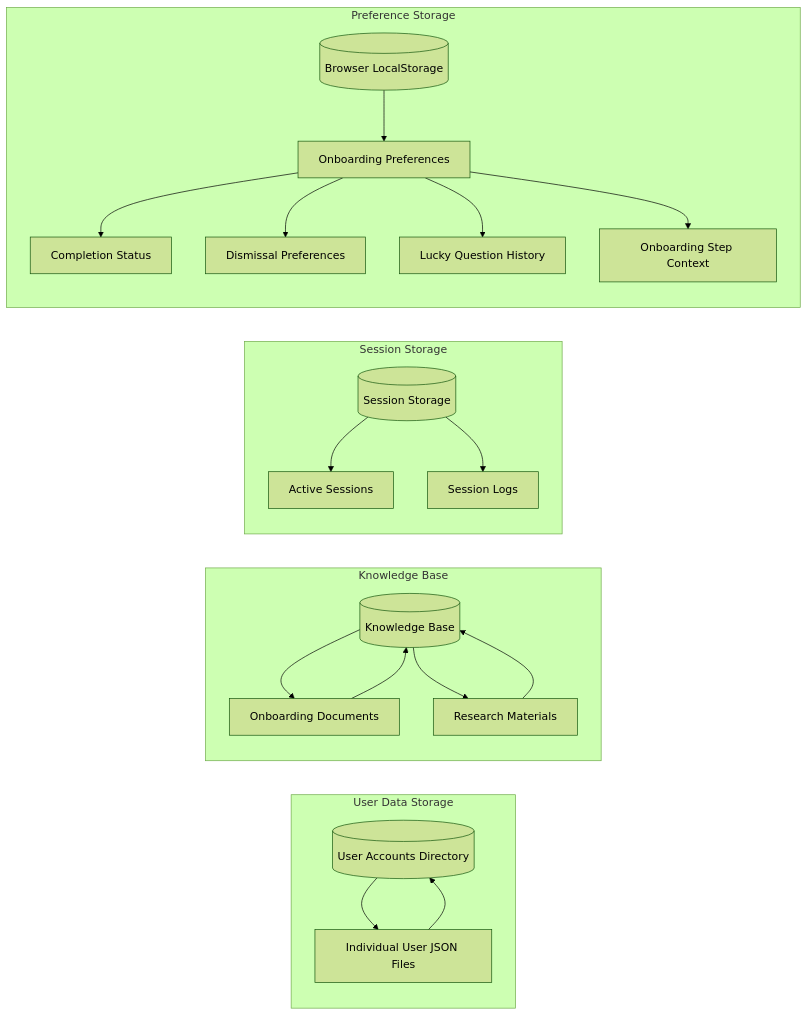
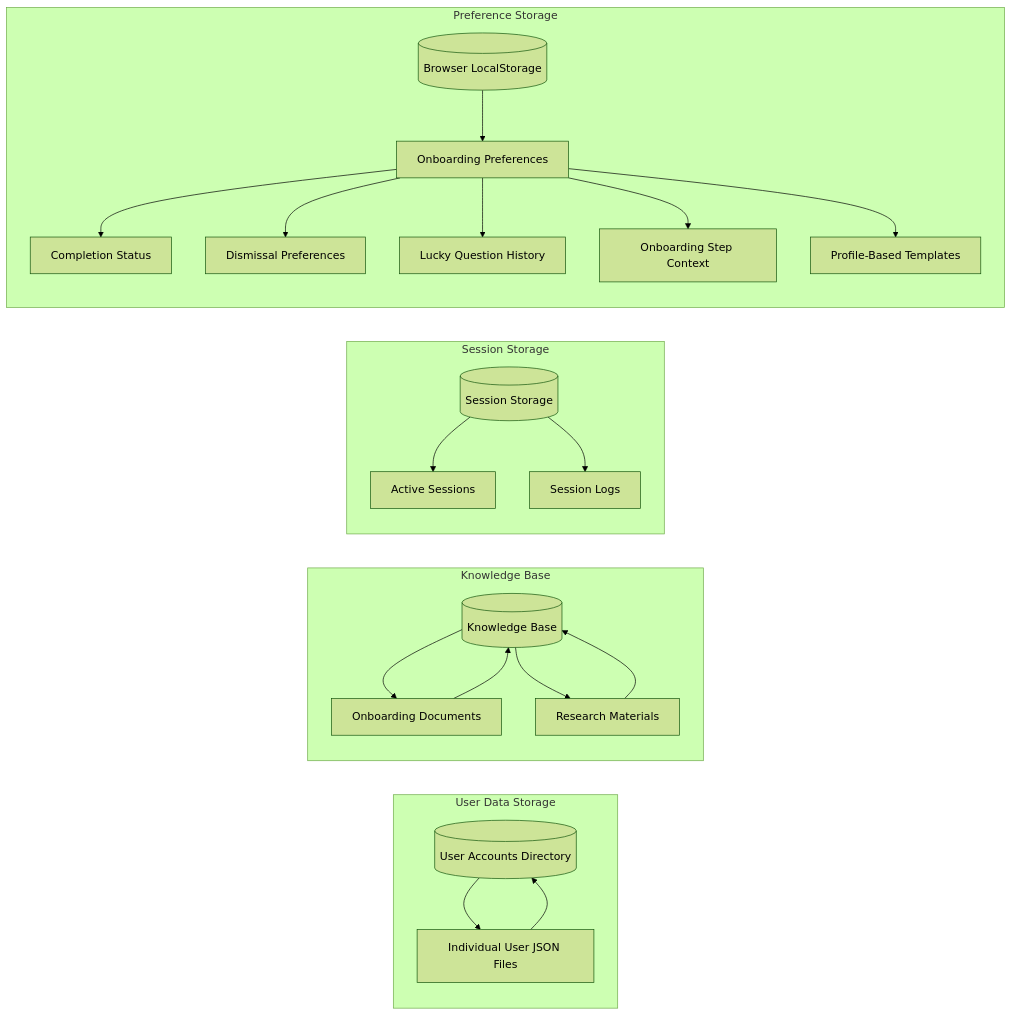
One commit to intellistream/sage-mate changed the fifth of 5 diagrams in .qoder/repowiki/en/content/Core Components/User Onboarding System.md. Above: the diagram before and after it, drawn with Mermaid (forest theme). The commit also changed other lines of this file and 101 other files, not shown here.

````diff
--- a/.qoder/repowiki/en/content/Core Components/User Onboarding System.md
+++ b/.qoder/repowiki/en/content/Core Components/User Onboarding System.md
@@ -289,38 +300,40 @@
 ```mermaid
 graph LR
 subgraph "User Data Storage"
 UserAccounts[(User Accounts Directory)]
 UserData[Individual User JSON Files]
 UserAccounts --> UserData
 end
 subgraph "Knowledge Base"
 KB[(Knowledge Base)]
 OnboardingDocs[Onboarding Documents]
 ResearchDocs[Research Materials]
 KB --> OnboardingDocs
 KB --> ResearchDocs
 end
 subgraph "Session Storage"
 Sessions[(Session Storage)]
 ActiveSessions[Active Sessions]
 SessionLogs[Session Logs]
 Sessions --> ActiveSessions
 Sessions --> SessionLogs
 end
 subgraph "Preference Storage"
 LocalStorage[(Browser LocalStorage)]
 OnboardingPrefs[Onboarding Preferences]
 CompletionPrefs[Completion Status]
 DismissalPrefs[Dismissal Preferences]
 LuckyQuestionHistory[Lucky Question History]
 OnboardingStepContext[Onboarding Step Context]
+ProfileTemplates[Profile-Based Templates]
 LocalStorage --> OnboardingPrefs
 OnboardingPrefs --> CompletionPrefs
 OnboardingPrefs --> DismissalPrefs
 OnboardingPrefs --> LuckyQuestionHistory
 OnboardingPrefs --> OnboardingStepContext
+OnboardingPrefs --> ProfileTemplates
 end
 UserData --> UserAccounts
 OnboardingDocs --> KB
 ResearchDocs --> KB
 ```
````
